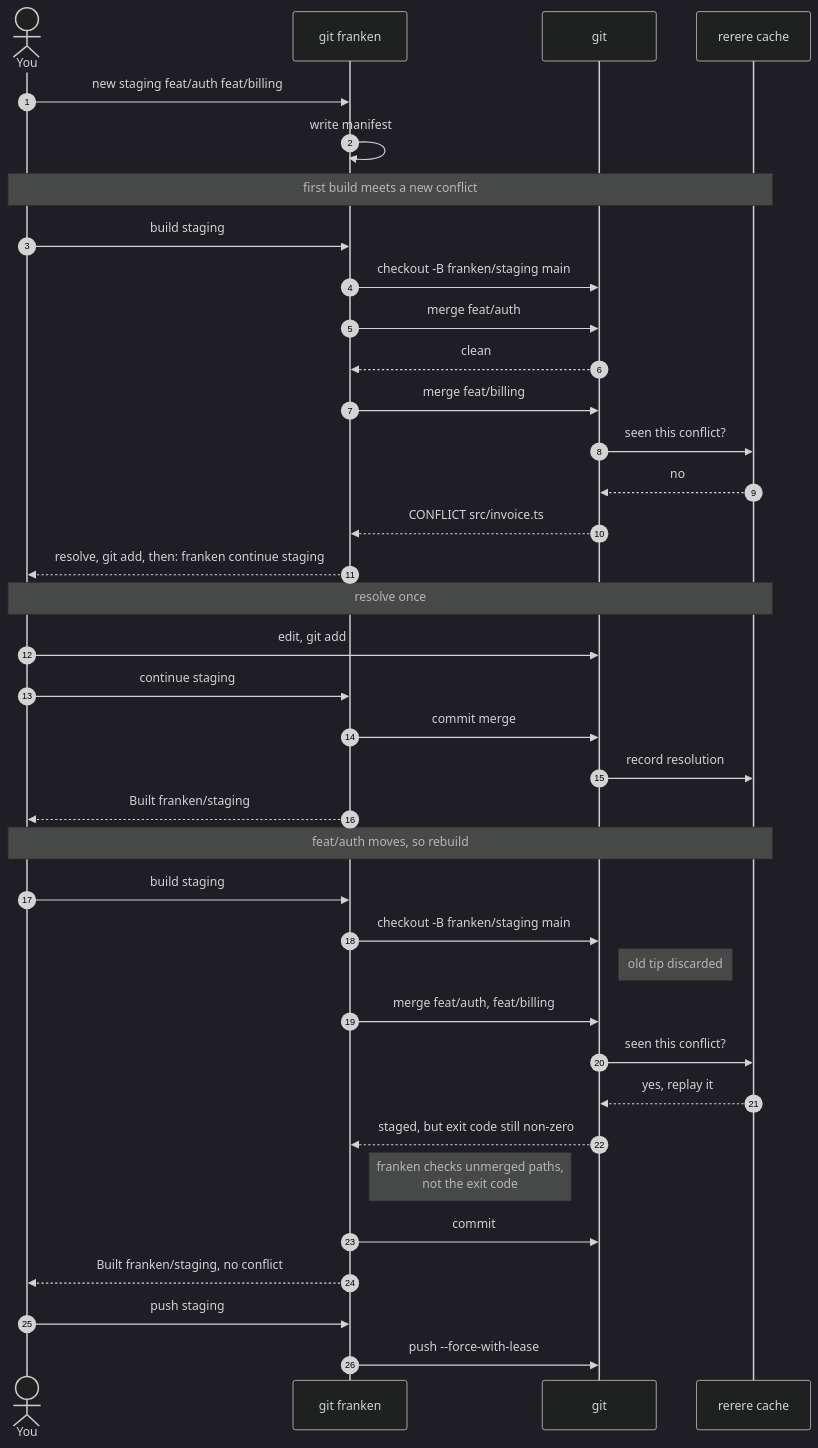
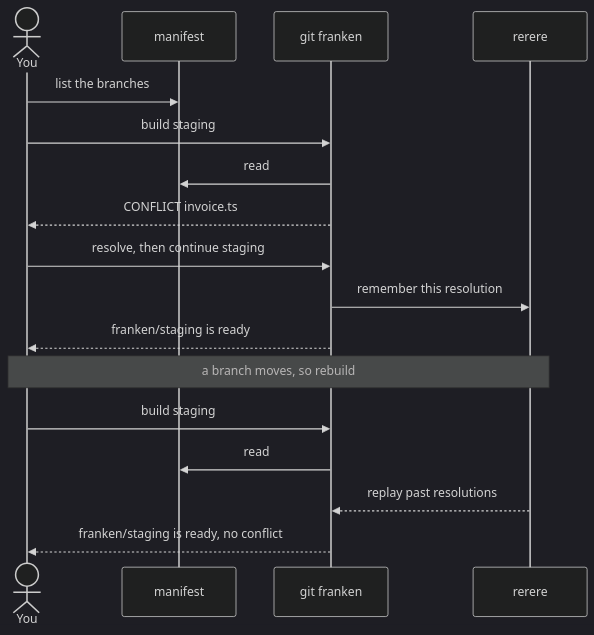
The diagram in README.md (fnune/git-franken), drawn with Mermaid (dark theme) before and after one commit. The commit also changed other lines of this file and 4 other files, not shown here.

First line of the commit message:
Drop the manifest-mutating commands for a single edit command

````diff
--- a/README.md
+++ b/README.md
@@ -30,44 +42,21 @@
 ```mermaid
 sequenceDiagram
-    autonumber
     actor You
+    participant M as manifest
     participant F as git franken
-    participant G as git
-    participant R as rerere cache
+    participant R as rerere
 
-    You->>F: new staging feat/auth feat/billing
-    F->>F: write manifest
+    You->>M: list the branches
+    You->>F: build staging
+    F->>M: read
+    F-->>You: CONFLICT invoice.ts
+    You->>F: resolve, then continue staging
+    F->>R: remember this resolution
+    F-->>You: franken/staging is ready
 
-    Note over You,R: first build meets a new conflict
+    Note over You,R: a branch moves, so rebuild
     You->>F: build staging
-    F->>G: checkout -B franken/staging main
-    F->>G: merge feat/auth
-    G-->>F: clean
-    F->>G: merge feat/billing
-    G->>R: seen this conflict?
-    R-->>G: no
-    G-->>F: CONFLICT src/invoice.ts
-    F-->>You: resolve, git add, then: franken continue staging
-
-    Note over You,R: resolve once
-    You->>G: edit, git add
-    You->>F: continue staging
-    F->>G: commit merge
-    G->>R: record resolution
-    F-->>You: Built franken/staging
-
-    Note over You,R: feat/auth moves, so rebuild
-    You->>F: build staging
-    F->>G: checkout -B franken/staging main
-    Note right of G: old tip discarded
-    F->>G: merge feat/auth, feat/billing
-    G->>R: seen this conflict?
-    R-->>G: yes, replay it
-    G-->>F: staged, but exit code still non-zero
-    Note right of F: franken checks unmerged paths,<br/>not the exit code
-    F->>G: commit
-    F-->>You: Built franken/staging, no conflict
-
-    You->>F: push staging
-    F->>G: push --force-with-lease
+    F->>M: read
+    R-->>F: replay past resolutions
+    F-->>You: franken/staging is ready, no conflict
 ```
````
